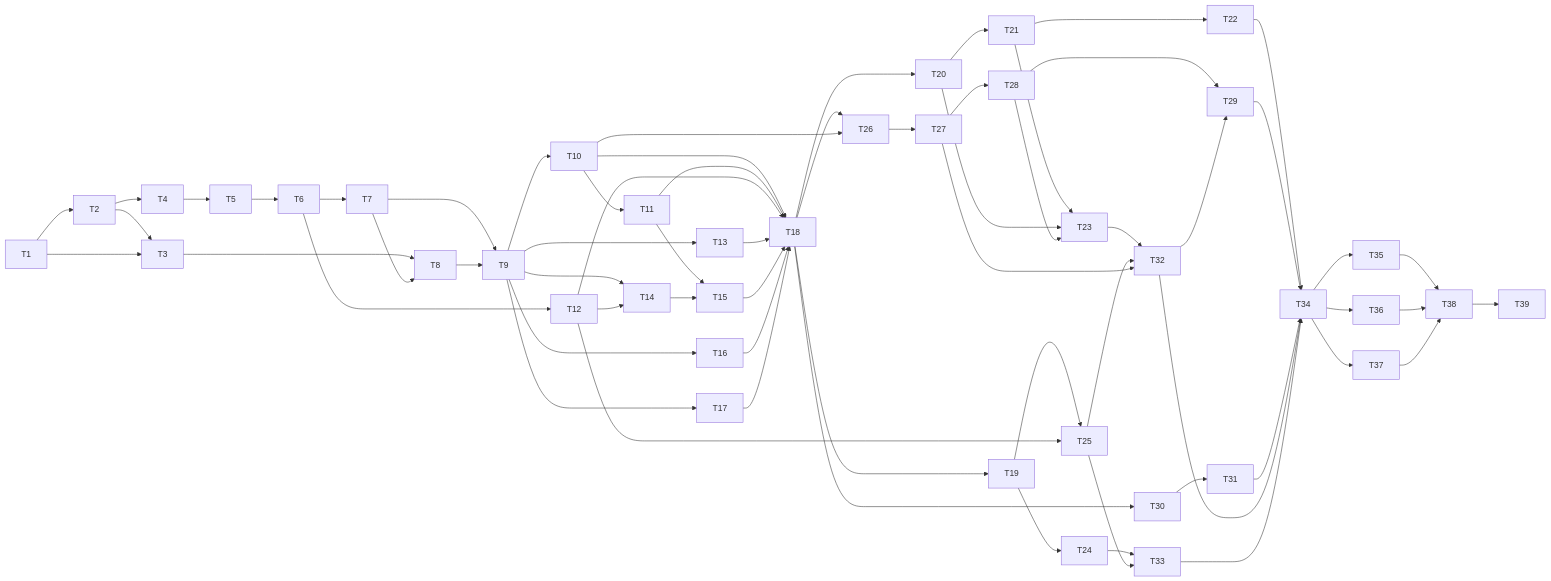
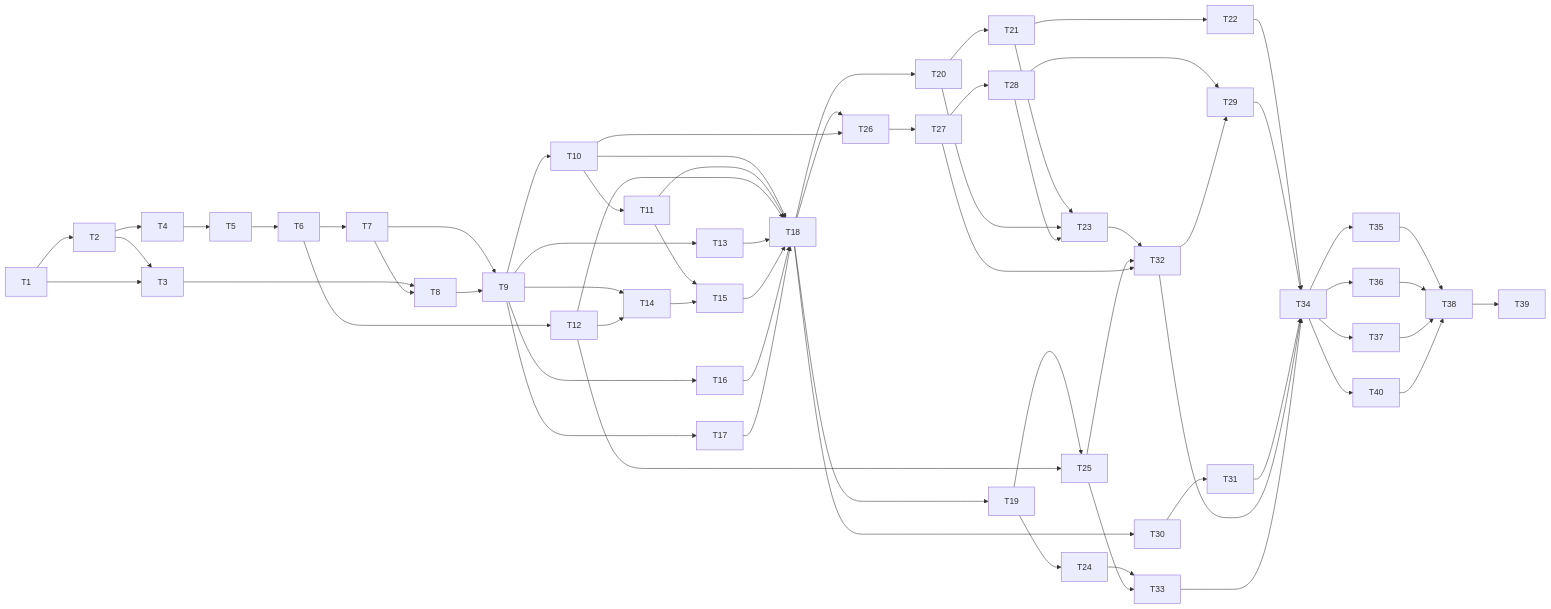
One commit to mgovorcin/disp-xr changed the diagram in docs/todo.md. Above: the diagram before and after it, drawn with Mermaid. The commit also changed other lines of this file and 2 other files, not shown here.

````diff
--- a/docs/todo.md
+++ b/docs/todo.md
@@ -26,56 +26,58 @@
 ```mermaid
 graph LR
   T1 --> T2 --> T3
   T2 --> T4 --> T5 --> T6 --> T7
   T1 --> T3
   T3 --> T8
   T7 --> T8
   T7 --> T9
   T8 --> T9
   T9 --> T10 --> T11
   T6 --> T12
   T9 --> T13
   T9 --> T14
   T12 --> T14
   T11 --> T15
   T14 --> T15
   T9 --> T16
   T9 --> T17
   T10 --> T18
   T11 --> T18
   T12 --> T18
   T13 --> T18
   T15 --> T18
   T16 --> T18
   T17 --> T18
   T18 --> T19
   T18 --> T20 --> T21 --> T22
   T21 --> T23
   T20 --> T23
   T28 --> T23
   T19 --> T24
   T19 --> T25
   T12 --> T25
   T18 --> T26
   T10 --> T26 --> T27 --> T28
   T28 --> T29
   T32 --> T29
   T18 --> T30 --> T31
   T23 --> T32
   T25 --> T32
   T27 --> T32
   T24 --> T33
   T25 --> T33
   T22 --> T34
   T29 --> T34
   T31 --> T34
   T32 --> T34
   T33 --> T34
   T34 --> T35
   T34 --> T36
   T34 --> T37
   T35 --> T38
   T36 --> T38
   T37 --> T38
+  T34 --> T40
+  T40 --> T38
   T38 --> T39
 ```
````
